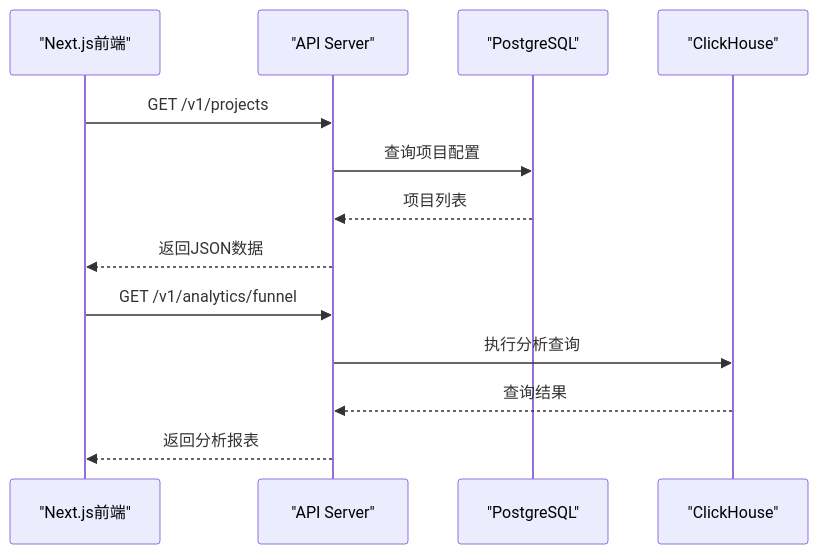
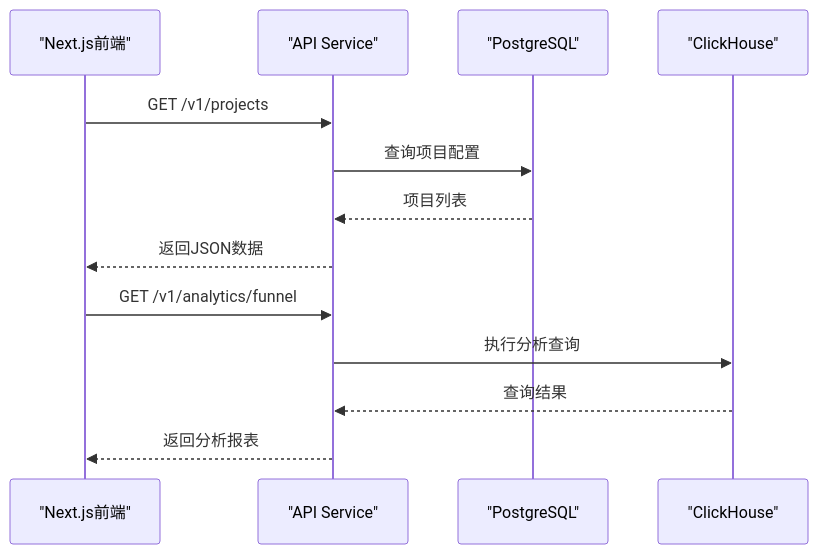
One commit to zhen-zhong/AeroLog changed the eighth of 11 diagrams in .qoder/repowiki/zh/content/项目概述/项目概述.md. Above: the diagram before and after it, drawn with Mermaid. The commit also changed other lines of this file and 105 other files, not shown here.

````diff
--- a/.qoder/repowiki/zh/content/项目概述/项目概述.md
+++ b/.qoder/repowiki/zh/content/项目概述/项目概述.md
@@ -338,15 +354,15 @@
 ```mermaid
 sequenceDiagram
 participant UI as "Next.js前端"
-participant API as "API Server"
+participant API as "API Service"
 participant PG as "PostgreSQL"
 participant CH as "ClickHouse"
 UI->>API : GET /v1/projects
 API->>PG : 查询项目配置
 PG-->>API : 项目列表
 API-->>UI : 返回JSON数据
 UI->>API : GET /v1/analytics/funnel
 API->>CH : 执行分析查询
 CH-->>API : 查询结果
 API-->>UI : 返回分析报表
 ```
````
